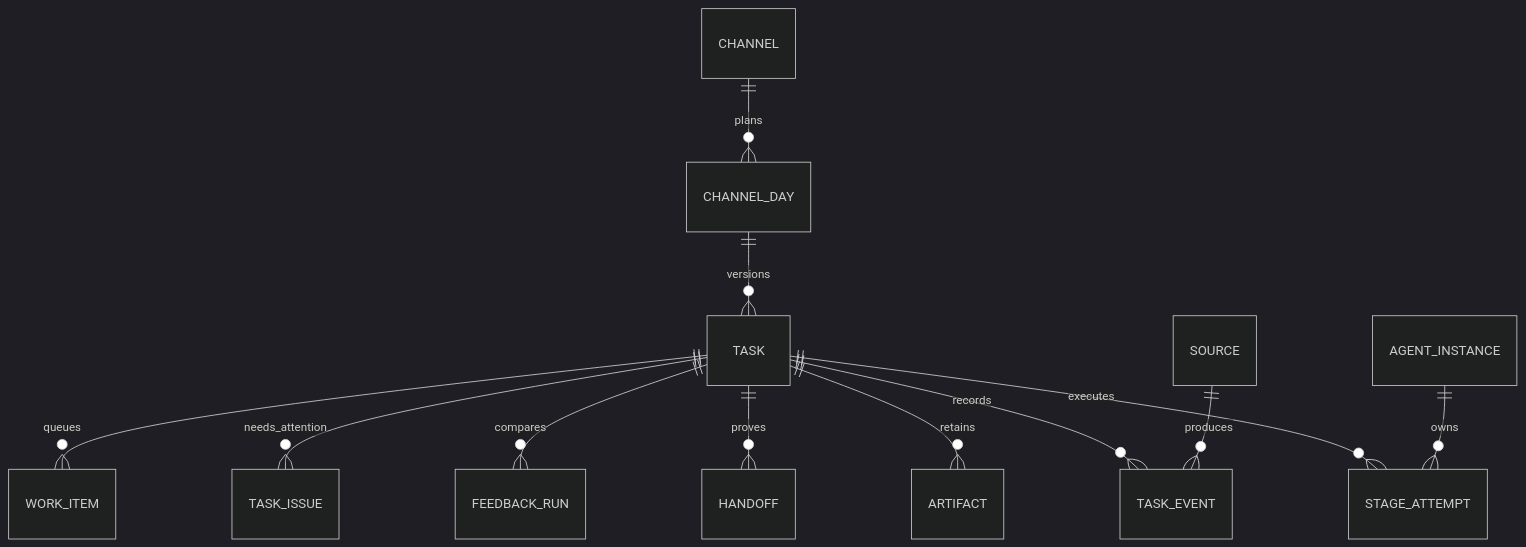
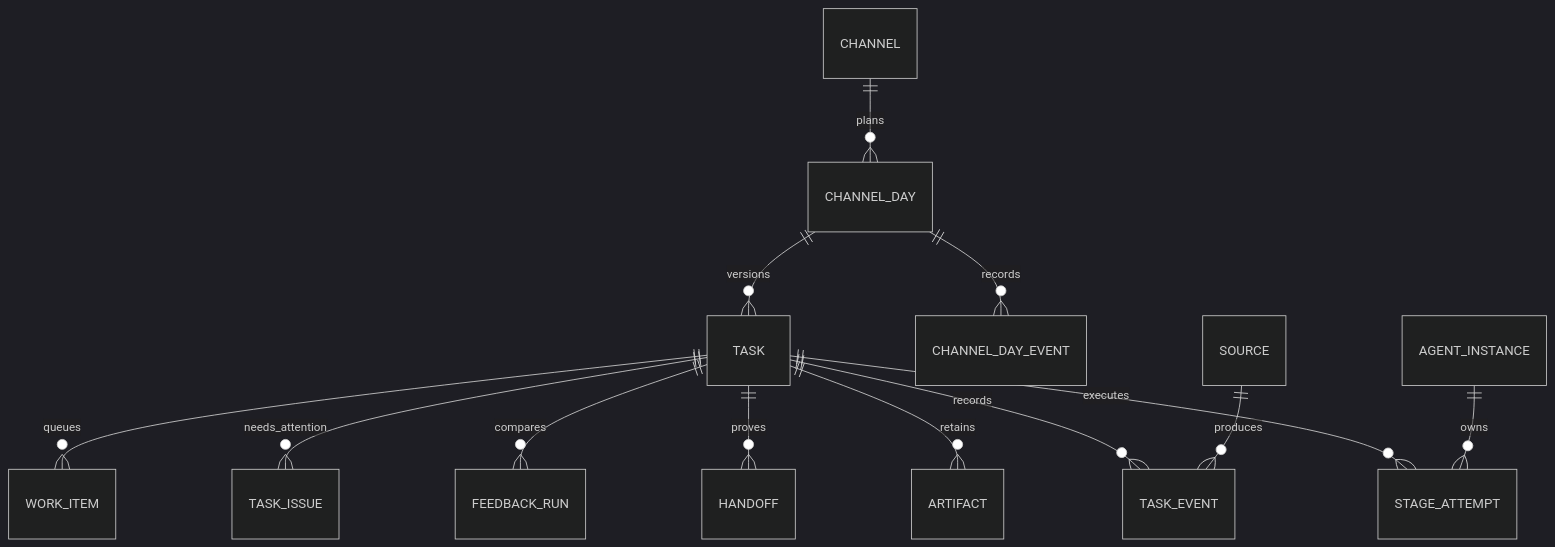
The second of 2 diagrams in docs/engineering/大屏状态服务与数据库设计.md (Moshuiwang/jinshu), drawn with Mermaid (dark theme) before and after one commit. The commit also changed other lines of this file and 8 other files, not shown here.

````diff
--- a/docs/engineering/大屏状态服务与数据库设计.md
+++ b/docs/engineering/大屏状态服务与数据库设计.md
@@ -58,14 +58,15 @@
 ```mermaid
 erDiagram
   CHANNEL ||--o{ CHANNEL_DAY : plans
   CHANNEL_DAY ||--o{ TASK : versions
+  CHANNEL_DAY ||--o{ CHANNEL_DAY_EVENT : records
   TASK ||--o{ STAGE_ATTEMPT : executes
   TASK ||--o{ TASK_EVENT : records
   TASK ||--o{ ARTIFACT : retains
   TASK ||--o{ HANDOFF : proves
   TASK ||--o{ FEEDBACK_RUN : compares
   TASK ||--o{ TASK_ISSUE : needs_attention
   AGENT_INSTANCE ||--o{ STAGE_ATTEMPT : owns
   SOURCE ||--o{ TASK_EVENT : produces
   TASK ||--o{ WORK_ITEM : queues
 ```
````
